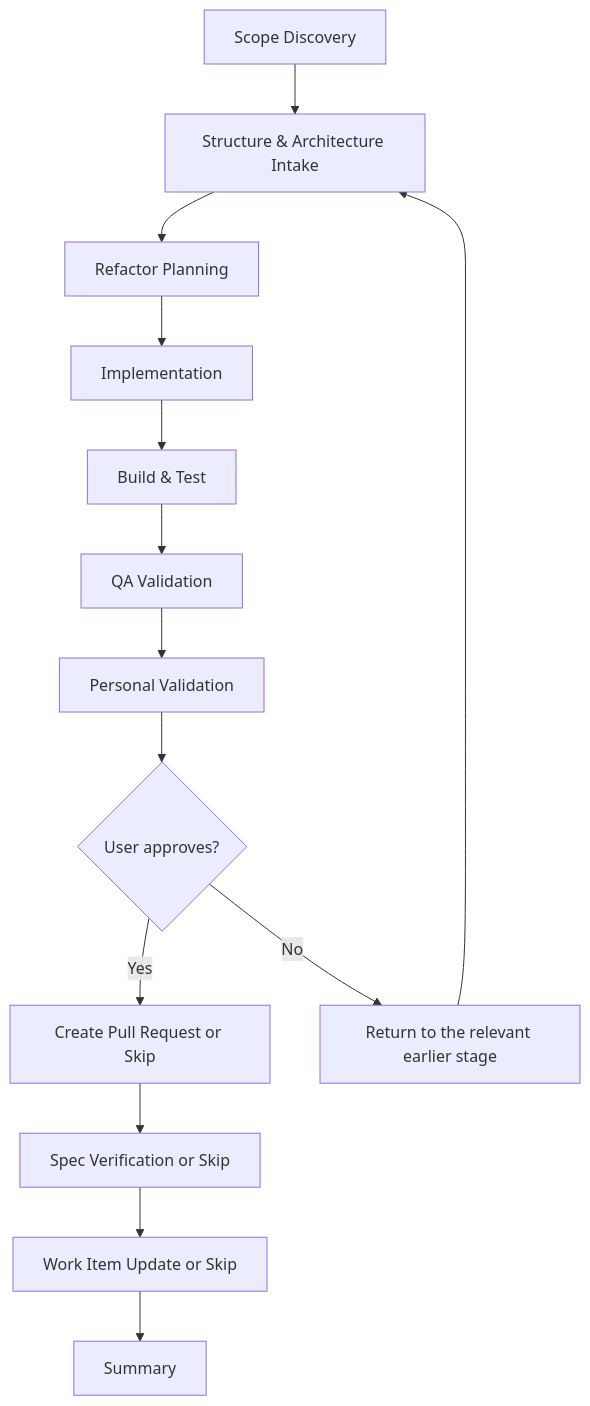
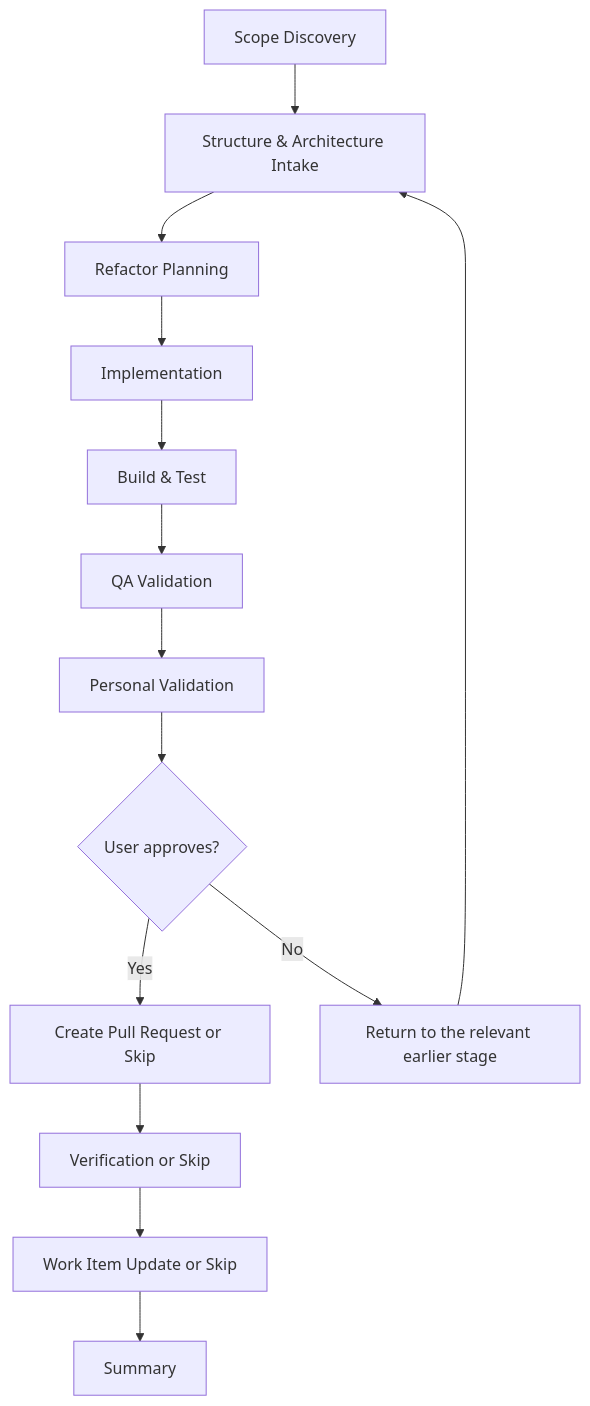
Diagram 13 of 16 in plugins/delivery/FLOW-DIAGRAMS.md (JSdotNet/devbook), drawn with Mermaid before and after one commit. The commit also changed other lines of this file and 30 other files, not shown here.

````diff
--- a/plugins/delivery/FLOW-DIAGRAMS.md
+++ b/plugins/delivery/FLOW-DIAGRAMS.md
@@ -377,16 +377,16 @@
 ```mermaid
 flowchart TD
     S["Scope Discovery"] --> A["Structure & Architecture Intake"]
     A --> B["Refactor Planning"]
     B --> C["Implementation"]
     C --> D["Build & Test"]
     D --> E["QA Validation"]
     E --> F["Personal Validation"]
     F --> G{User approves?}
     G -->|Yes| H["Create Pull Request or Skip"]
     G -->|No| I["Return to the relevant earlier stage"]
     I --> A
-    H --> V["Spec Verification or Skip"]
+    H --> V["Verification or Skip"]
     V --> U["Work Item Update or Skip"]
     U --> J["Summary"]
 ```
````
